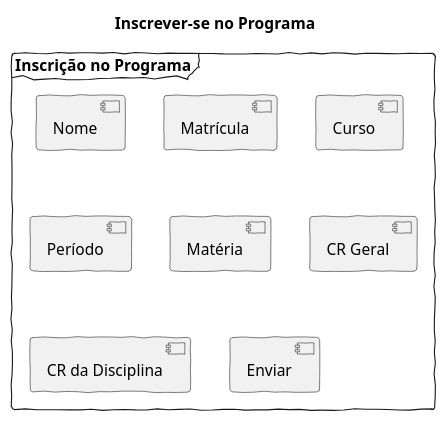
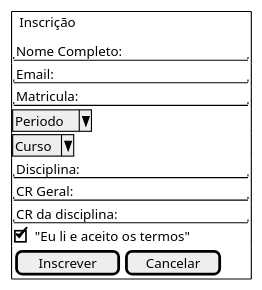
The diagram in docs/Elaboracao/prototipo/inscricao.wsd (Projetos-de-Extensao/PBE_25.2_8004_Pioneiros), drawn with PlantUML before and after one commit.

```diff
--- a/docs/Elaboracao/prototipo/inscricao.wsd
+++ b/docs/Elaboracao/prototipo/inscricao.wsd
@@ -1,15 +1,19 @@
-@startuml
-skinparam handwritten true
-title Inscrever-se no Programa
+@startsalt
+{+
+  {^"Inscrição"}
+  "Nome Completo:            "
+  "Email:                    "
+  "Matricula:                "
+  ^Periodo^
+  ^Curso^
+  "Disciplina:               "
+  "CR Geral:                 "
+  "CR da disciplina:         "
+  
 
-frame "Inscrição no Programa" {
-  component "Nome"
-  component "Matrícula"
-  component "Curso"
-  component "Período"
-  component "Matéria"
-  component "CR Geral"
-  component "CR da Disciplina"
-  component "Enviar"
+  [X] "Eu li e aceito os termos"
+  {
+    [ Inscrever ] | [ Cancelar ]
+  }
 }
-@enduml
+@endsalt
```
